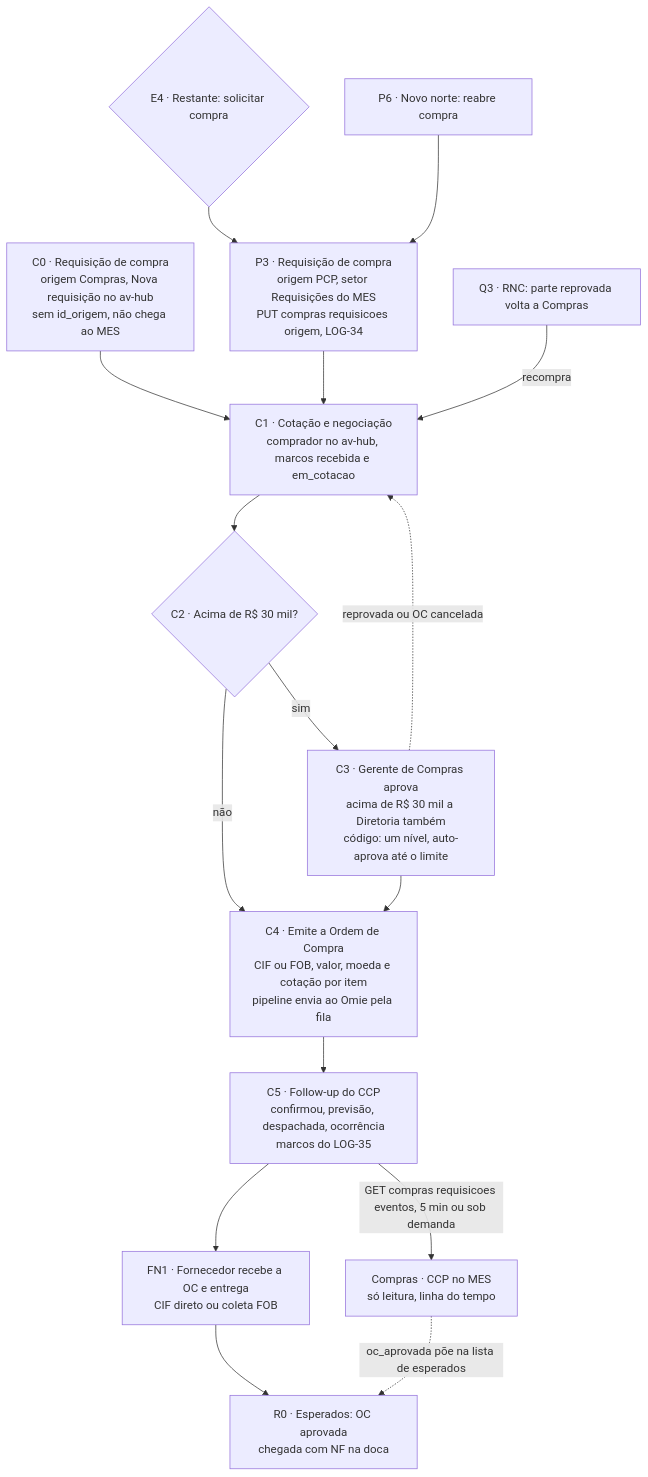
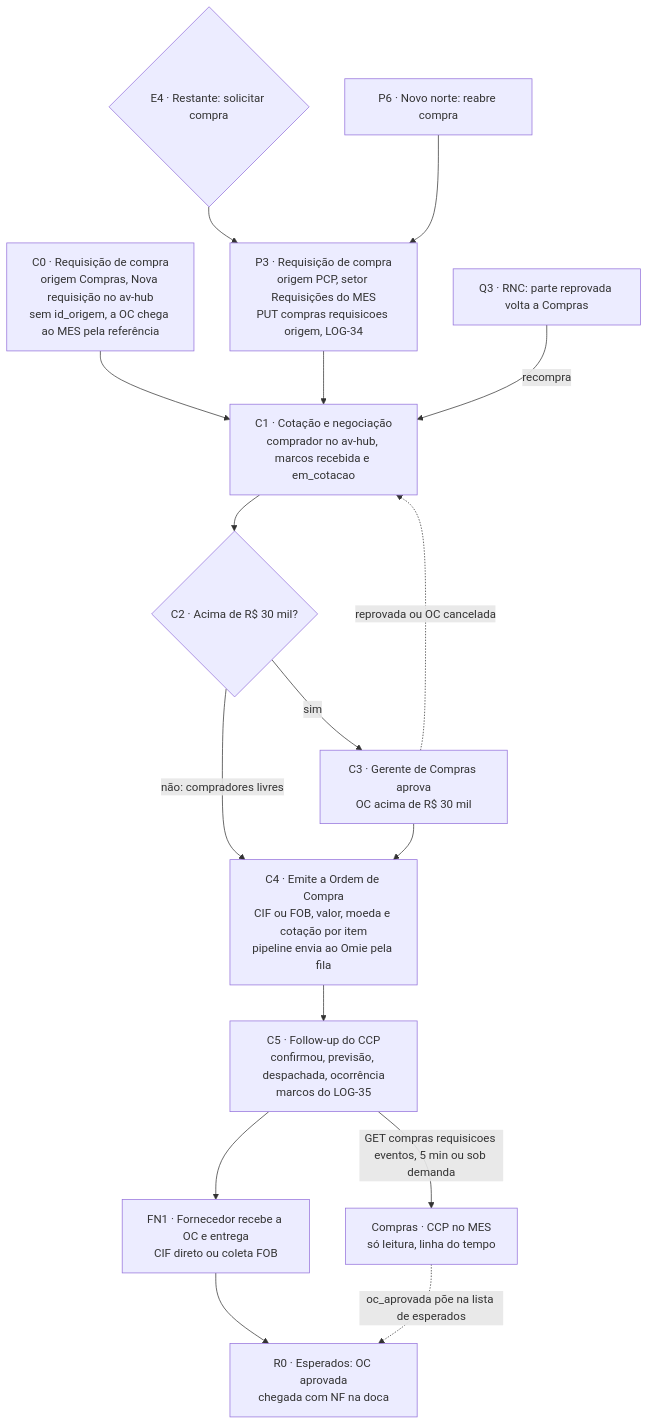
Before and after one commit to Acosvital/vault-avhub-mer: the diagram in 02-Fluxo-de-Atividades/04-Circuito-de-Compra.md, drawn with Mermaid. The commit also changed other lines of this file and 34 other files, not shown here.

Commit message:
docs(vault-v2): decisões de 14/10 (aprovação da OC, OC do hub no MES, OP como entidade, imposto, Omie TESTE), reauditoria do Bearer e sql/002 obsoleto

````diff
--- a/02-Fluxo-de-Atividades/04-Circuito-de-Compra.md
+++ b/02-Fluxo-de-Atividades/04-Circuito-de-Compra.md
@@ -201,18 +205,18 @@
 ```mermaid
 flowchart TD
     E4{"E4 · Restante: solicitar compra"} --> P3["P3 · Requisição de compra<br/>origem PCP, setor Requisições do MES<br/>PUT compras requisicoes origem, LOG-34"]
-    C0["C0 · Requisição de compra<br/>origem Compras, Nova requisição no av-hub<br/>sem id_origem, não chega ao MES"] --> C1
+    C0["C0 · Requisição de compra<br/>origem Compras, Nova requisição no av-hub<br/>sem id_origem, a OC chega ao MES pela referência"] --> C1
     P3 --> C1["C1 · Cotação e negociação<br/>comprador no av-hub, marcos recebida e em_cotacao"]
     C1 --> C2{"C2 · Acima de R$ 30 mil?"}
-    C2 -->|sim| C3["C3 · Gerente de Compras aprova<br/>acima de R$ 30 mil a Diretoria também<br/>código: um nível, auto-aprova até o limite"]
-    C2 -->|"não"| C4
+    C2 -->|sim| C3["C3 · Gerente de Compras aprova<br/>OC acima de R$ 30 mil"]
+    C2 -->|"não: compradores livres"| C4
     C3 --> C4["C4 · Emite a Ordem de Compra<br/>CIF ou FOB, valor, moeda e cotação por item<br/>pipeline envia ao Omie pela fila"]
     C4 --> C5["C5 · Follow-up do CCP<br/>confirmou, previsão, despachada, ocorrência<br/>marcos do LOG-35"]
     C5 -->|"GET compras requisicoes eventos, 5 min ou sob demanda"| CCP["Compras · CCP no MES<br/>só leitura, linha do tempo"]
     C5 --> FN1["FN1 · Fornecedor recebe a OC e entrega<br/>CIF direto ou coleta FOB"]
     FN1 --> R0["R0 · Esperados: OC aprovada<br/>chegada com NF na doca"]
     CCP -.->|"oc_aprovada põe na lista de esperados"| R0
     Q3["Q3 · RNC: parte reprovada volta a Compras"] -->|recompra| C1
     P6["P6 · Novo norte: reabre compra"] --> P3
     C3 -.->|"reprovada ou OC cancelada"| C1
 ```
````
